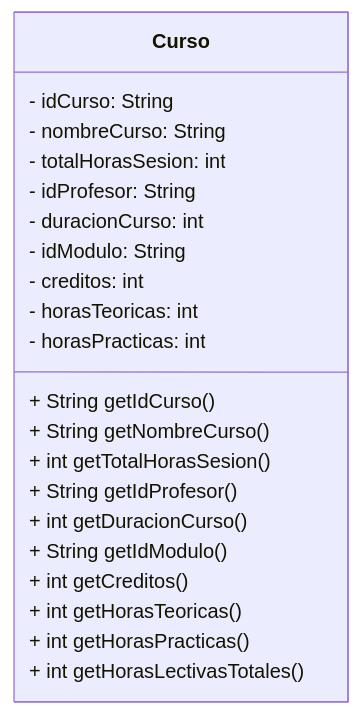
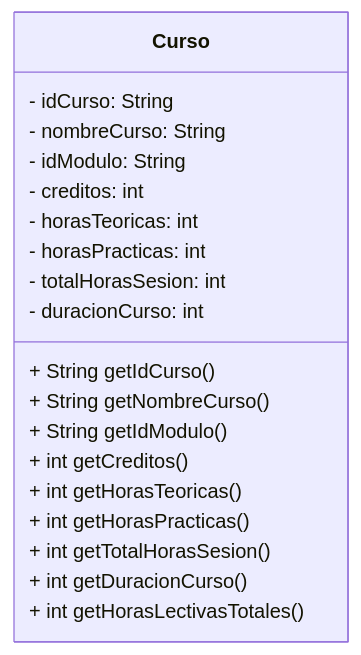
The diagram in docs/models/CursoClass.mmd (Aireck2/take-attendance-java), drawn with Mermaid before and after one commit. The commit also changed 10 other files, not shown here.

Commit message:
docs(docs): update class diagrams

```diff
--- a/docs/models/CursoClass.mmd
+++ b/docs/models/CursoClass.mmd
@@ -1,23 +1,21 @@
 classDiagram
     class Curso {
             - idCurso: String 
             - nombreCurso: String 
-            - totalHorasSesion: int
-            - idProfesor: String
-            - duracionCurso: int
             - idModulo: String
             - creditos: int
             - horasTeoricas: int
             - horasPracticas: int
+            - totalHorasSesion: int
+            - duracionCurso: int
 
             + String getIdCurso()
             + String getNombreCurso()
-            + int getTotalHorasSesion()
-            + String getIdProfesor()
-            + int getDuracionCurso()
             + String getIdModulo()
             + int getCreditos()
             + int getHorasTeoricas()
             + int getHorasPracticas()
+            + int getTotalHorasSesion()
+            + int getDuracionCurso()
             + int getHorasLectivasTotales()
     }
```
